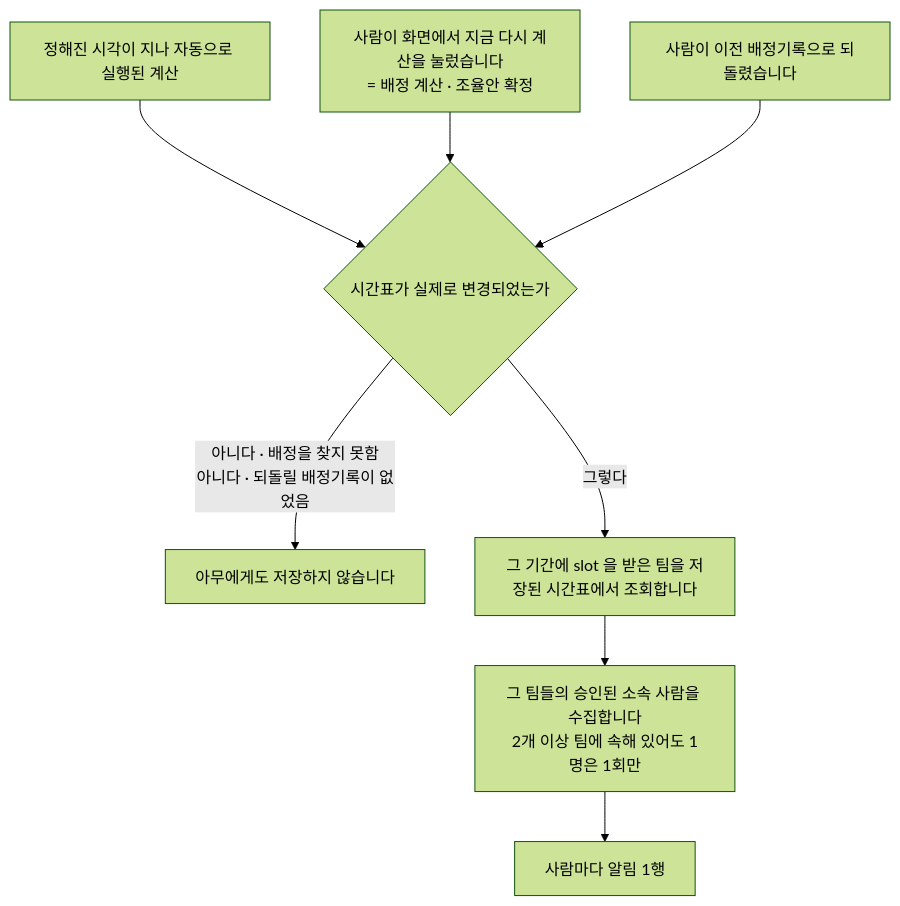
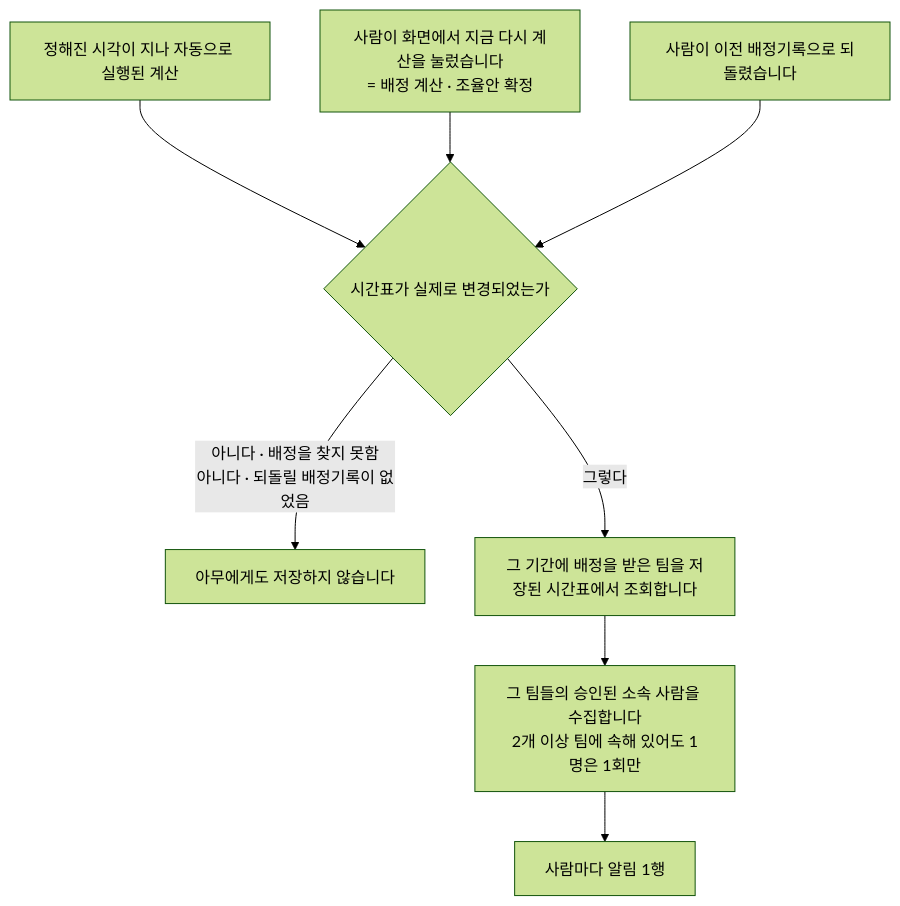
One commit to minkong-dev/Banblit changed the third of 3 diagrams in .cluedoc/auto-assignment/README.md. Above: the diagram before and after it, drawn with Mermaid (forest theme). The commit also changed other lines of this file and 23 other files, not shown here.

````diff
--- a/.cluedoc/auto-assignment/README.md
+++ b/.cluedoc/auto-assignment/README.md
@@ -228,11 +245,11 @@
 ```mermaid
 flowchart TD
     A[정해진 시각이 지나 자동으로 실행된 계산] --> S
     B[사람이 화면에서 지금 다시 계산을 눌렀습니다<br/>= 배정 계산 · 조율안 확정] --> S
     C[사람이 이전 배정기록으로 되돌렸습니다] --> S
     S{시간표가 실제로 변경되었는가}
     S -->|아니다 · 배정을 찾지 못함<br/>아니다 · 되돌릴 배정기록이 없었음| N[아무에게도 저장하지 않습니다]
-    S -->|그렇다| M[그 기간에 slot 을 받은 팀을 저장된 시간표에서 조회합니다]
+    S -->|그렇다| M[그 기간에 배정을 받은 팀을 저장된 시간표에서 조회합니다]
     M --> P[그 팀들의 승인된 소속 사람을 수집합니다<br/>2개 이상 팀에 속해 있어도 1명은 1회만]
     P --> W[사람마다 알림 1행]
 ```
````
